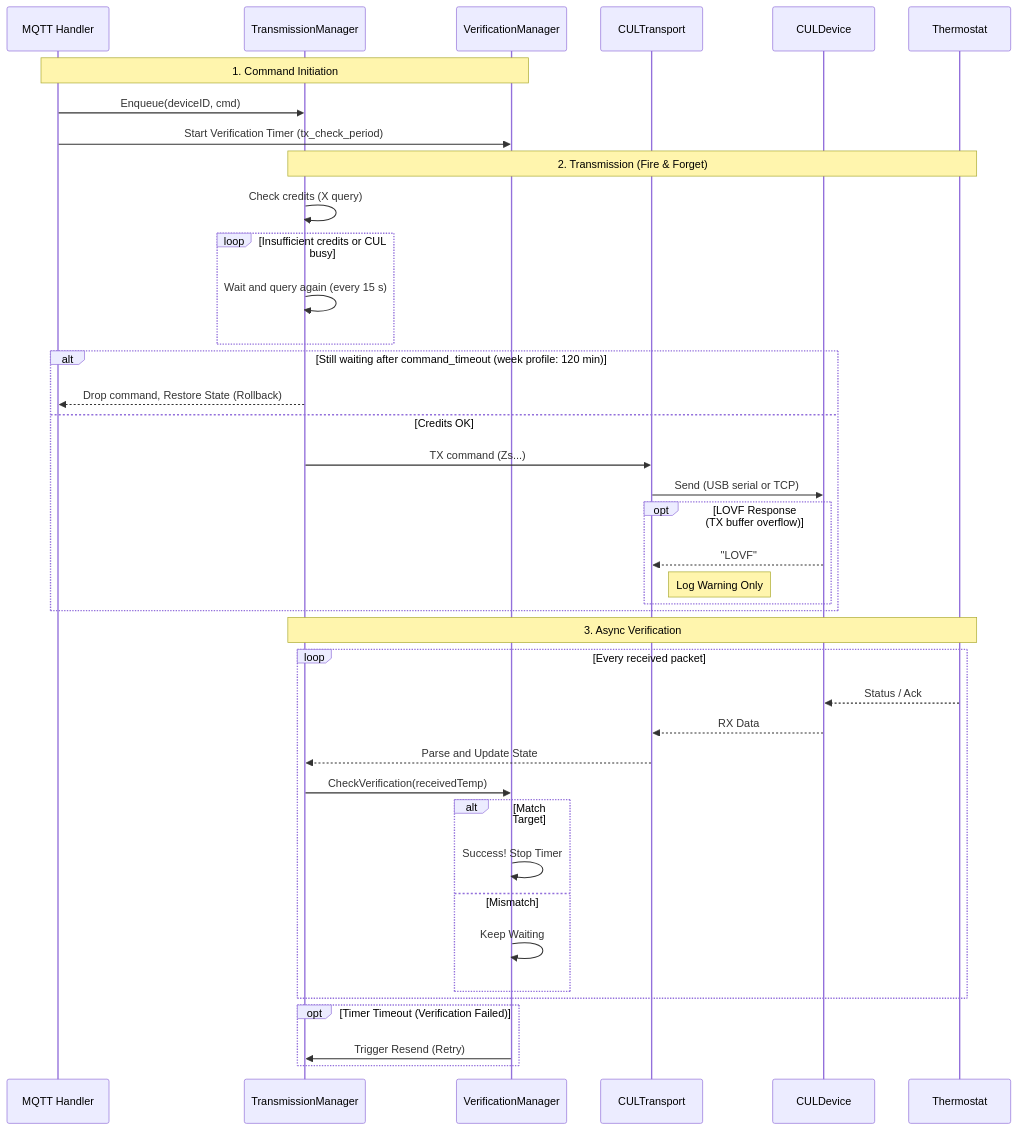
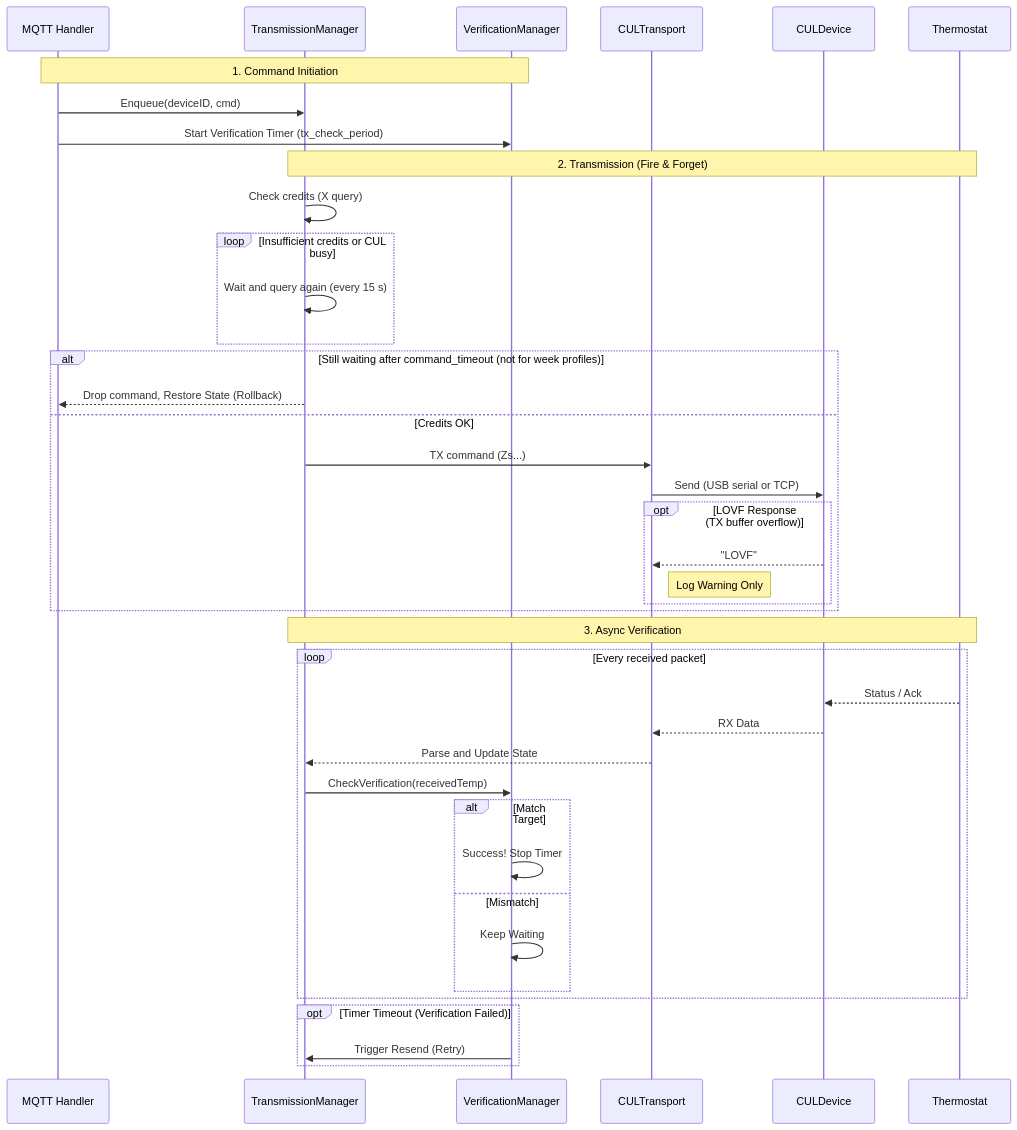
The diagram in max2mqtt/DOCS.md (dktzde/max2mqtt), drawn with Mermaid before and after one commit. The commit also changed other lines of this file and 6 other files, not shown here.

Commit message:
Never drop week profile messages; keep a credit reserve for direct commands

````diff
--- a/max2mqtt/DOCS.md
+++ b/max2mqtt/DOCS.md
@@ -63,49 +63,49 @@
 ```mermaid
 sequenceDiagram
     participant MQTT as MQTT Handler
     participant TM as TransmissionManager
     participant VM as VerificationManager
     participant Transport as CULTransport
     participant CUL as CULDevice
     participant Thermo as Thermostat
 
     Note over MQTT, VM: 1. Command Initiation
     MQTT->>TM: Enqueue(deviceID, cmd)
     MQTT->>VM: Start Verification Timer (tx_check_period)
 
     Note over TM, Thermo: 2. Transmission (Fire & Forget)
     TM->>TM: Check credits (X query)
     loop Insufficient credits or CUL busy
         TM->>TM: Wait and query again (every 15 s)
     end
-    alt Still waiting after command_timeout (week profile: 120 min)
+    alt Still waiting after command_timeout (not for week profiles)
         TM-->>MQTT: Drop command, Restore State (Rollback)
     else Credits OK
         TM->>Transport: TX command (Zs...)
         Transport->>CUL: Send (USB serial or TCP)
         
         opt LOVF Response (TX buffer overflow)
             CUL-->>Transport: "LOVF"
             Note right of Transport: Log Warning Only
         end
 
     end
 
     Note over TM, Thermo: 3. Async Verification
     loop Every received packet
         Thermo-->>CUL: Status / Ack
         CUL-->>Transport: RX Data
         Transport-->>TM: Parse and Update State
         TM->>VM: CheckVerification(receivedTemp)
         
         alt Match Target
             VM->>VM: Success! Stop Timer
         else Mismatch
             VM->>VM: Keep Waiting
         end
     end
 
     opt Timer Timeout (Verification Failed)
         VM->>TM: Trigger Resend (Retry)
     end
 ```
````
